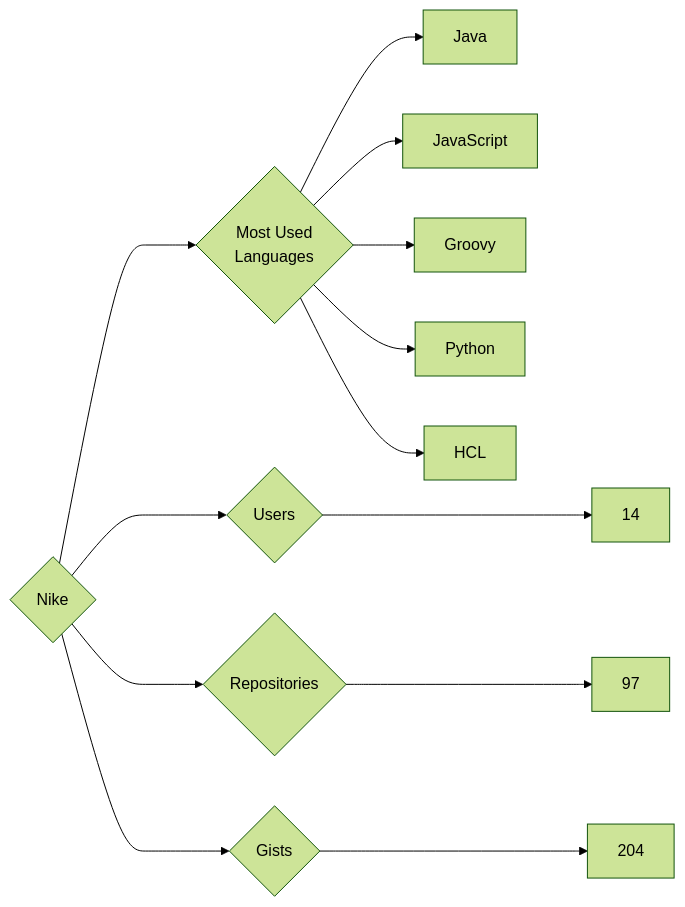
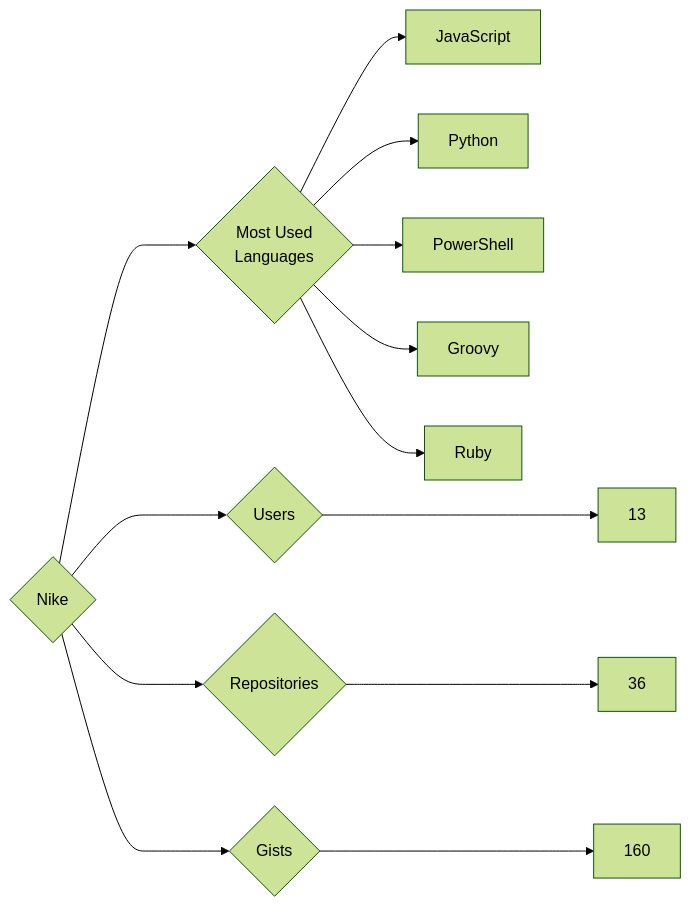
One commit to trickest/insiders changed the diagram in targets/Nike/README.md. Above: the diagram before and after it, drawn with Mermaid (forest theme). The commit also changed 973 other files, not shown here.

````diff
--- a/targets/Nike/README.md
+++ b/targets/Nike/README.md
@@ -3,13 +3,13 @@
 ```mermaid
 graph LR
 COMPANY_NAME{Nike}
-COMPANY_NAME ---> U{Users} ---> UN[14]
-COMPANY_NAME ---> R{Repositories} ---> RN[97]
-COMPANY_NAME ---> G{Gists} ---> GN[204]
+COMPANY_NAME ---> U{Users} ---> UN[13]
+COMPANY_NAME ---> R{Repositories} ---> RN[36]
+COMPANY_NAME ---> G{Gists} ---> GN[160]
 COMPANY_NAME ---> ML{Most Used<br>Languages}
-ML --> Java[Java]
 ML --> JavaScript[JavaScript]
+ML --> Python[Python]
+ML --> PowerShell[PowerShell]
 ML --> Groovy[Groovy]
-ML --> Python[Python]
-ML --> HCL[HCL]
+ML --> Ruby[Ruby]
 ```
````
